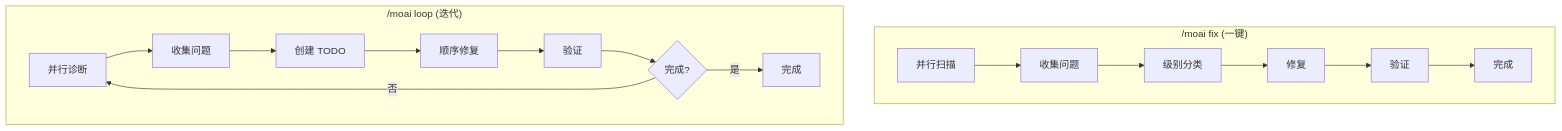
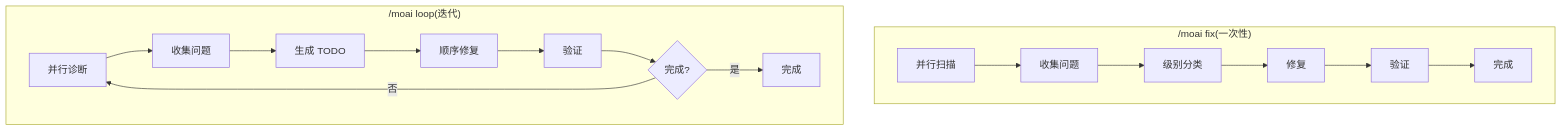
Before and after one commit to modu-ai/moai-adk: the third of 4 diagrams in docs-site/content/zh/utility-commands/moai-loop.md, drawn with Mermaid. The commit also changed other lines of this file and 395 other files, not shown here.

````diff
--- a/docs-site/content/zh/utility-commands/moai-loop.md
+++ b/docs-site/content/zh/utility-commands/moai-loop.md
@@ -161,20 +184,20 @@
 ```mermaid
 flowchart TD
-    subgraph Fix["/moai fix (一键)"]
+    subgraph Fix["/moai fix(一次性)"]
         F1[并行扫描] --> F2[收集问题]
         F2 --> F3[级别分类]
         F3 --> F4[修复]
         F4 --> F5[验证]
         F5 --> F6[完成]
     end
 
-    subgraph Loop["/moai loop (迭代)"]
+    subgraph Loop["/moai loop(迭代)"]
         L1[并行诊断] --> L2[收集问题]
-        L2 --> L3[创建 TODO]
+        L2 --> L3[生成 TODO]
         L3 --> L4[顺序修复]
         L4 --> L5[验证]
         L5 --> L6{完成?}
         L6 -->|否| L1
         L6 -->|是| L7[完成]
     end
 ```
````
